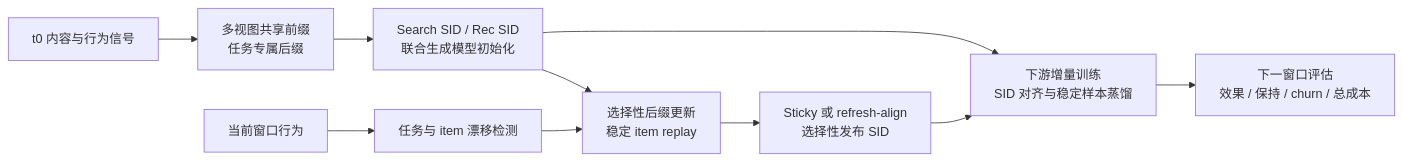
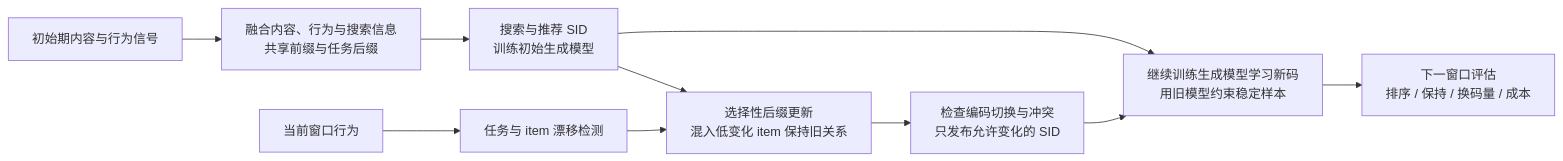
Before and after one commit to fferriswheel/TemGenSAR: the diagram in README.md, drawn with Mermaid. The commit also changed other lines of this file and 14 other files, not shown here.

````diff
--- a/README.md
+++ b/README.md
@@ -28,12 +30,12 @@
 ```mermaid
 flowchart LR
-    A["t0 内容与行为信号"] --> B["多视图共享前缀<br/>任务专属后缀"]
-    B --> C["Search SID / Rec SID<br/>联合生成模型初始化"]
+    A["初始期内容与行为信号"] --> B["融合内容、行为与搜索信息<br/>共享前缀与任务后缀"]
+    B --> C["搜索与推荐 SID<br/>训练初始生成模型"]
     D["当前窗口行为"] --> E["任务与 item 漂移检测"]
-    C --> F["选择性后缀更新<br/>稳定 item replay"]
+    C --> F["选择性后缀更新<br/>混入低变化 item 保持旧关系"]
     E --> F
-    F --> G["Sticky 或 refresh-align<br/>选择性发布 SID"]
-    G --> H["下游增量训练<br/>SID 对齐与稳定样本蒸馏"]
+    F --> G["检查编码切换与冲突<br/>只发布允许变化的 SID"]
+    G --> H["继续训练生成模型学习新码<br/>用旧模型约束稳定样本"]
     C --> H
-    H --> I["下一窗口评估<br/>效果 / 保持 / churn / 总成本"]
+    H --> I["下一窗口评估<br/>排序 / 保持 / 换码量 / 成本"]
 ```
````
